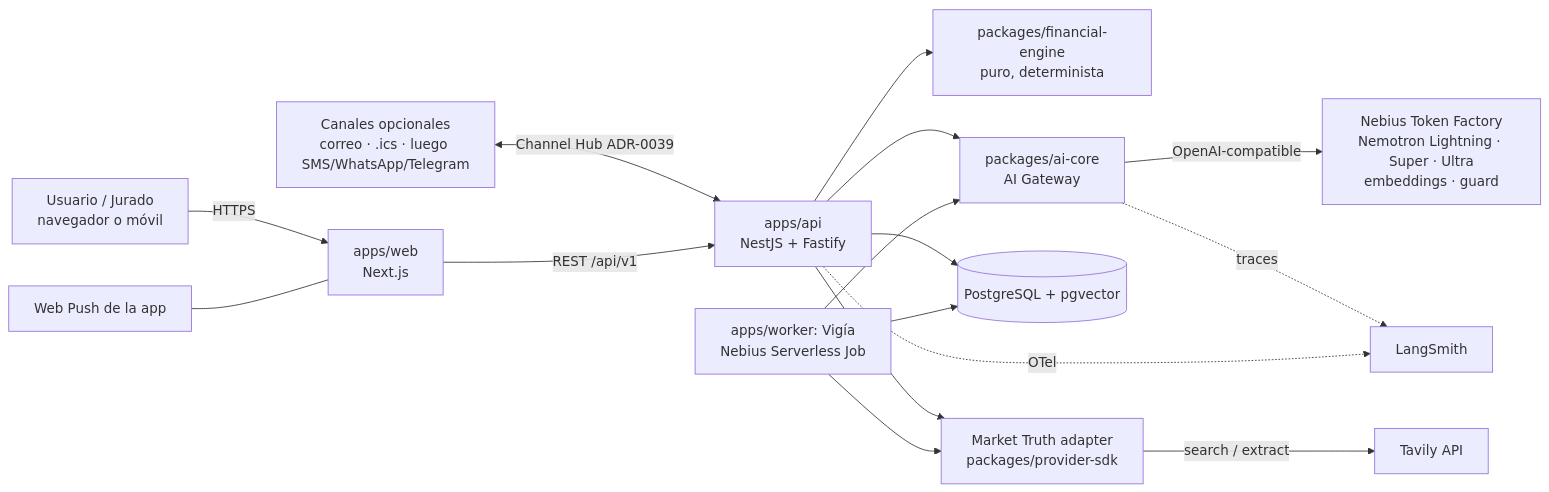
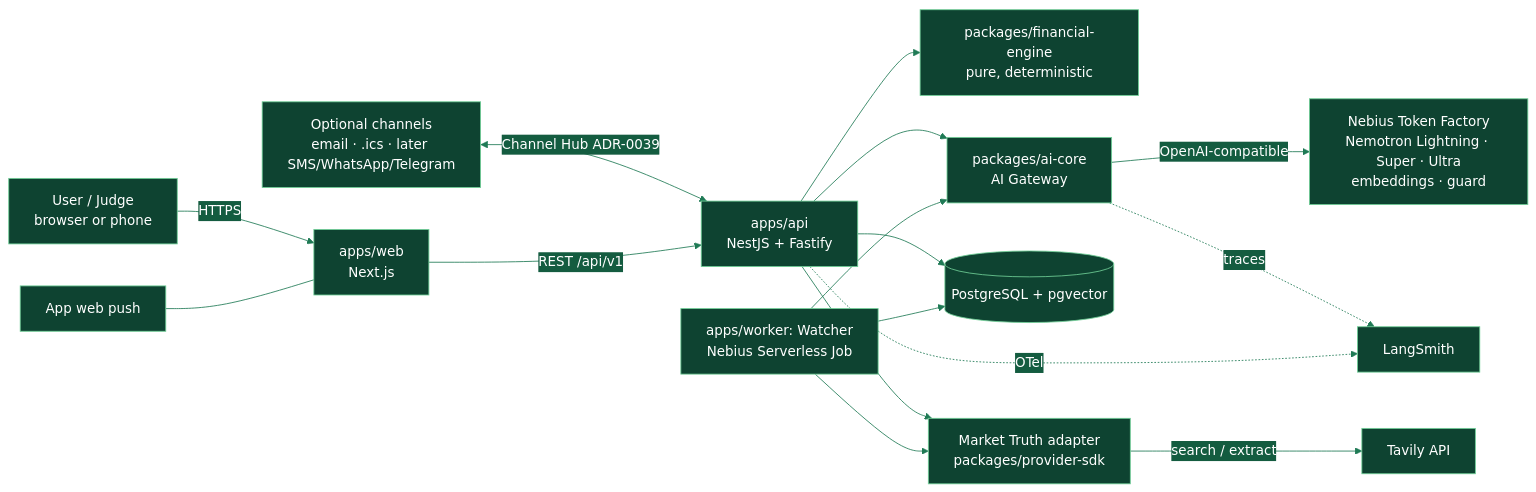
One commit to HCHAPS404/FINCH changed the diagram in docs/hackathon/03-architecture-and-nebius-stack.md. Above: the diagram before and after it, drawn with Mermaid. The commit also changed other lines of this file and 177 other files, not shown here.

````diff
--- a/docs/hackathon/03-architecture-and-nebius-stack.md
+++ b/docs/hackathon/03-architecture-and-nebius-stack.md
@@ -15,18 +15,19 @@
 ```mermaid
+%%{init: {'theme':'base','themeVariables':{'primaryColor':'#0E4331','primaryTextColor':'#FFFFFF','nodeTextColor':'#FFFFFF','primaryBorderColor':'#6FCF97','lineColor':'#1F7A55','secondaryColor':'#A7E3C1','tertiaryColor':'#F4F7F5','textColor':'#053F2B','titleColor':'#053F2B','edgeLabelBackground':'#145C40','clusterBkg':'#F4F7F5','clusterBorder':'#A7E3C1'}}}%%
 flowchart LR
-  U[Usuario / Jurado<br/>navegador o móvil] -->|HTTPS| WEB[apps/web<br/>Next.js]
-  CH[Canales opcionales<br/>correo · .ics · luego SMS/WhatsApp/Telegram] <-->|Channel Hub ADR-0039| API
-  PUSH[Web Push de la app] --- WEB
+  U[User / Judge<br/>browser or phone] -->|HTTPS| WEB[apps/web<br/>Next.js]
+  CH[Optional channels<br/>email · .ics · later SMS/WhatsApp/Telegram] <-->|Channel Hub ADR-0039| API
+  PUSH[App web push] --- WEB
   WEB -->|REST /api/v1| API[apps/api<br/>NestJS + Fastify]
-  API --> ENG[packages/financial-engine<br/>puro, determinista]
+  API --> ENG[packages/financial-engine<br/>pure, deterministic]
   API --> GW[packages/ai-core<br/>AI Gateway]
   API --> DB[(PostgreSQL + pgvector)]
   GW -->|OpenAI-compatible| TF[Nebius Token Factory<br/>Nemotron Lightning · Super · Ultra<br/>embeddings · guard]
   API --> MT[Market Truth adapter<br/>packages/provider-sdk]
   MT -->|search / extract| TAV[Tavily API]
-  JOB[apps/worker: Vigía<br/>Nebius Serverless Job] --> DB
+  JOB[apps/worker: Watcher<br/>Nebius Serverless Job] --> DB
   JOB --> GW
   JOB --> MT
   GW -. traces .-> LS[LangSmith]
   API -. OTel .-> LS
 ```
````
